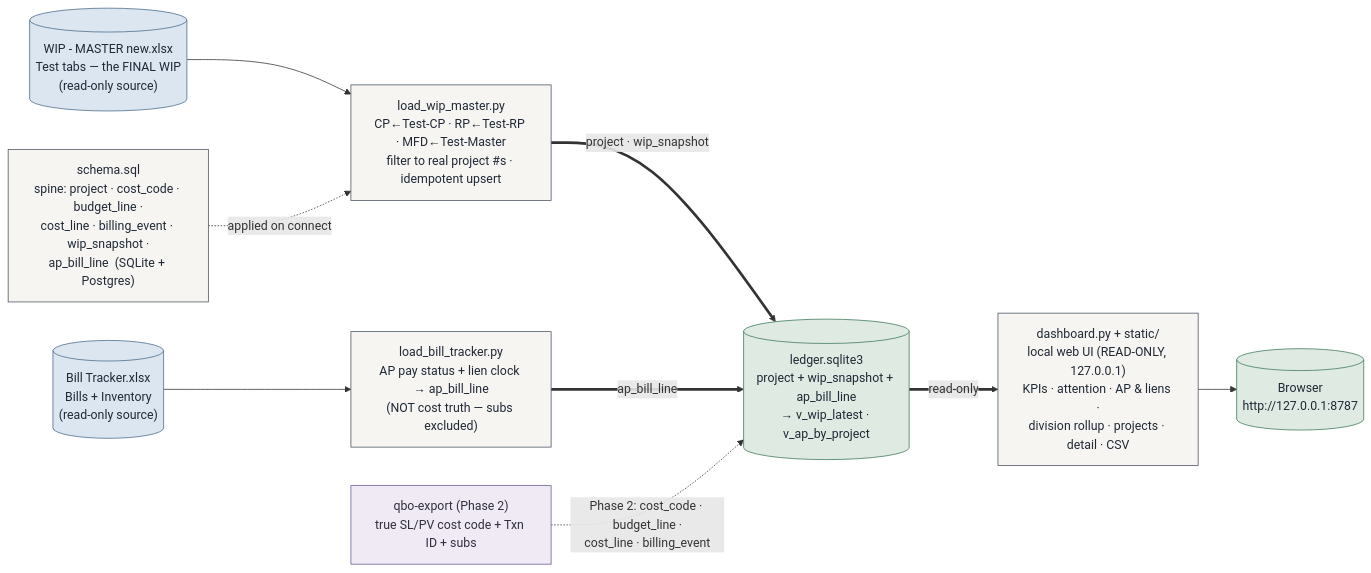
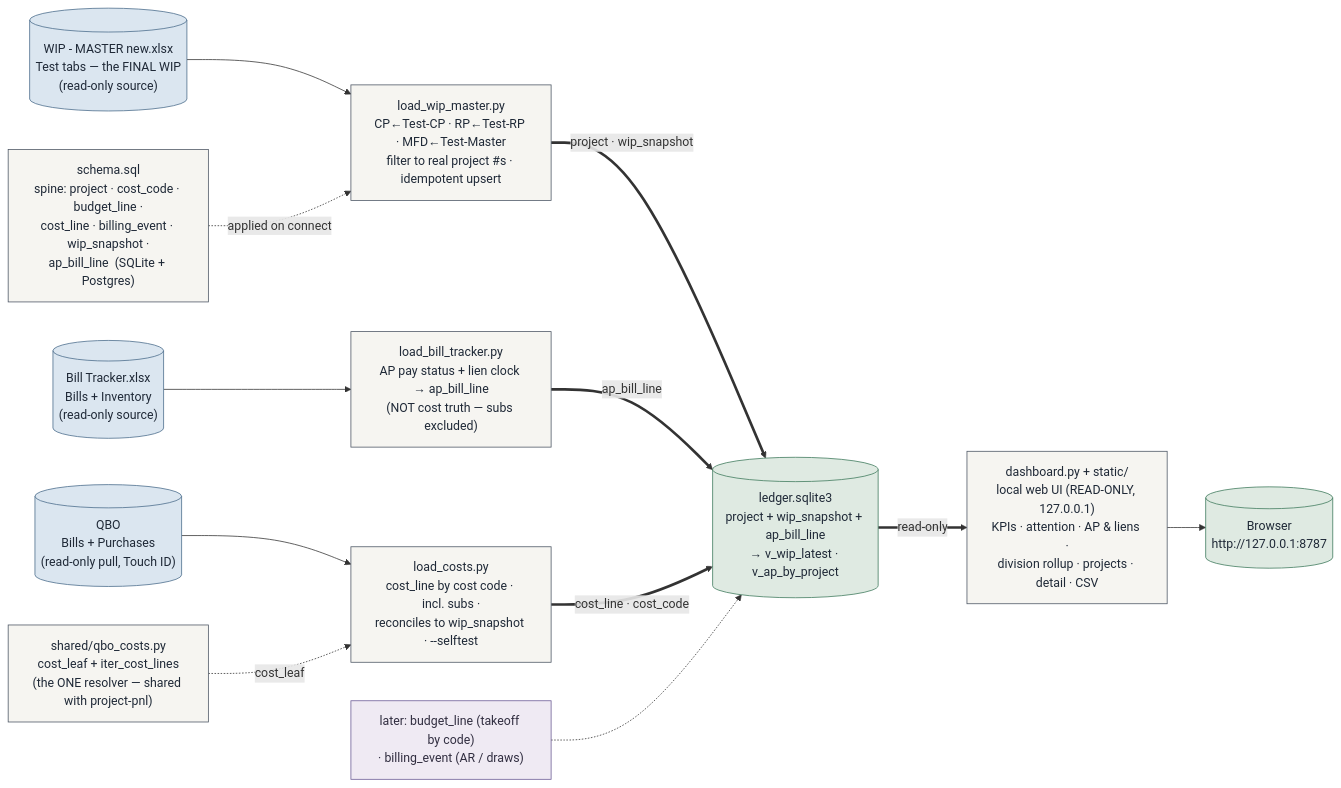
One commit to Ecarlo-Proficient/Claude-Report changed the fourth of 6 diagrams in docs/ARCHITECTURE.md. Above: the diagram before and after it, drawn with Mermaid. The commit also changed other lines of this file and 8 other files, not shown here.

First line of the commit message:
shared/qbo_costs + ledger/load_costs: complete cost load by cost code

````diff
--- a/docs/ARCHITECTURE.md
+++ b/docs/ARCHITECTURE.md
@@ -246,25 +252,31 @@
 ```mermaid
 flowchart LR
     classDef src fill:#dbe6f0,stroke:#4A6B8A,color:#1f2937
     classDef tool fill:#f6f5f1,stroke:#4b5563,color:#1f2937
     classDef out fill:#dfeae2,stroke:#3E7A5C,color:#1f2937
     classDef future fill:#efeaf3,stroke:#6b5b95,color:#312e40
 
     TEST[("WIP - MASTER new.xlsx\nTest tabs — the FINAL WIP\n(read-only source)")]:::src
     BT[("Bill Tracker.xlsx\nBills + Inventory\n(read-only source)")]:::src
     SCHEMA["schema.sql\nspine: project · cost_code · budget_line ·\ncost_line · billing_event · wip_snapshot ·\nap_bill_line  (SQLite + Postgres)"]:::tool
     LOADER["load_wip_master.py\nCP←Test-CP · RP←Test-RP · MFD←Test-Master\nfilter to real project #s · idempotent upsert"]:::tool
     APLOAD["load_bill_tracker.py\nAP pay status + lien clock → ap_bill_line\n(NOT cost truth — subs excluded)"]:::tool
     DB[("ledger.sqlite3\nproject + wip_snapshot + ap_bill_line\n→ v_wip_latest · v_ap_by_project")]:::out
     DASH["dashboard.py + static/\nlocal web UI (READ-ONLY, 127.0.0.1)\nKPIs · attention · AP & liens ·\ndivision rollup · projects · detail · CSV"]:::tool
     BROWSER[("Browser\nhttp://127.0.0.1:8787")]:::out
-    QBOCONN["qbo-export (Phase 2)\ntrue SL/PV cost code + Txn ID + subs"]:::future
+    QBO[("QBO\nBills + Purchases\n(read-only pull, Touch ID)")]:::src
+    QCOSTS["shared/qbo_costs.py\ncost_leaf + iter_cost_lines\n(the ONE resolver — shared with project-pnl)"]:::tool
+    COSTLOAD["load_costs.py\ncost_line by cost code · incl. subs ·\nreconciles to wip_snapshot · --selftest"]:::tool
+    FUTURE["later: budget_line (takeoff by code)\n· billing_event (AR / draws)"]:::future
 
     TEST --> LOADER
     BT --> APLOAD
+    QBO --> COSTLOAD
+    QCOSTS -.->|"cost_leaf"| COSTLOAD
     SCHEMA -.->|"applied on connect"| LOADER
     LOADER ==>|"project · wip_snapshot"| DB
     APLOAD ==>|"ap_bill_line"| DB
+    COSTLOAD ==>|"cost_line · cost_code"| DB
     DB ==>|"read-only"| DASH --> BROWSER
-    QBOCONN -.->|"Phase 2: cost_code · budget_line ·\ncost_line · billing_event"| DB
+    FUTURE -.-> DB
 ```
````
